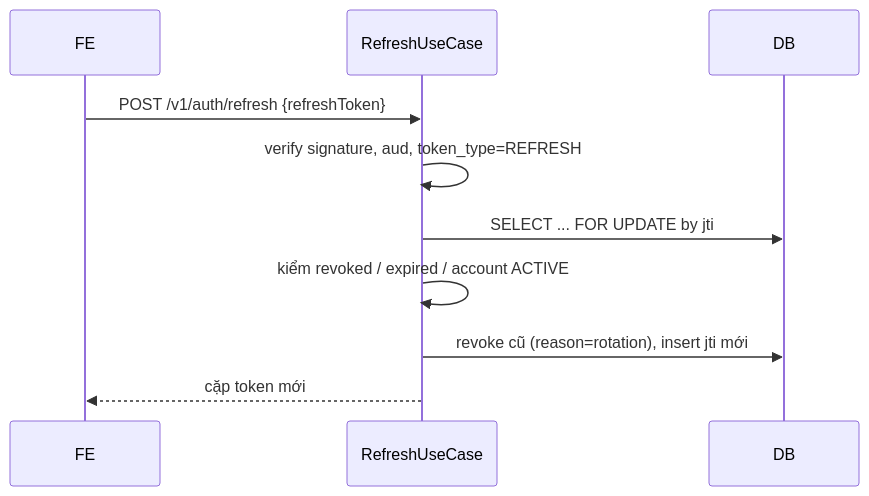
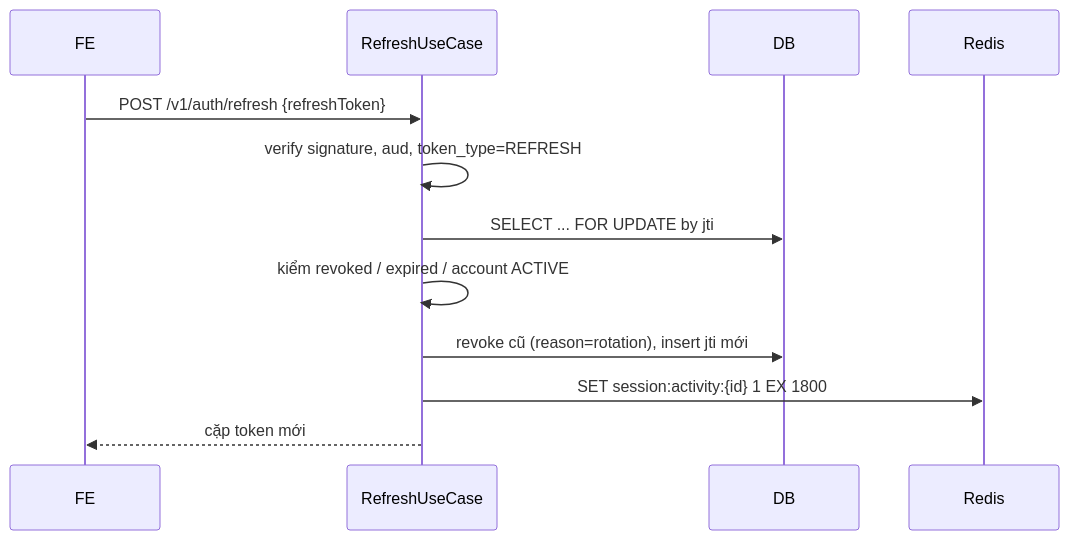
Before and after one commit to ngohoangg/intelli-hire: the third of 5 diagrams in docs/services/auth-service.md, drawn with Mermaid. The commit also changed other lines of this file and 19 other files, not shown here.

````diff
--- a/docs/services/auth-service.md
+++ b/docs/services/auth-service.md
@@ -218,12 +230,14 @@
 ```mermaid
 sequenceDiagram
     participant FE
     participant UC as RefreshUseCase
     participant DB
+    participant R as Redis
     FE->>UC: POST /v1/auth/refresh {refreshToken}
     UC->>UC: verify signature, aud, token_type=REFRESH
     UC->>DB: SELECT ... FOR UPDATE by jti
     UC->>UC: kiểm revoked / expired / account ACTIVE
     UC->>DB: revoke cũ (reason=rotation), insert jti mới
+    UC->>R: SET session:activity:{id} 1 EX 1800
     UC-->>FE: cặp token mới
 ```
````
